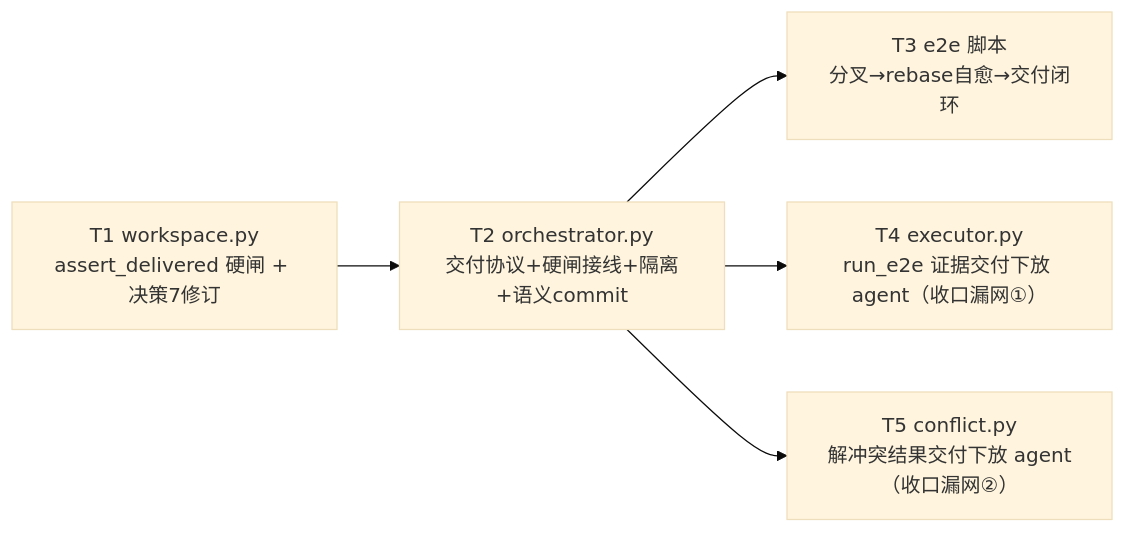
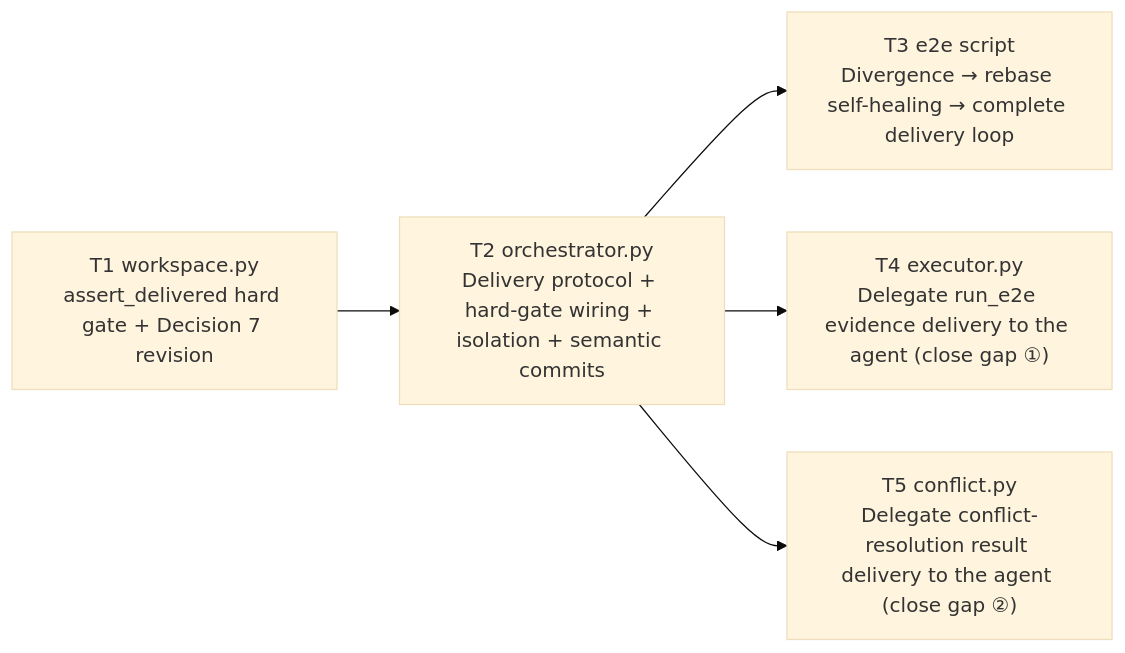
The diagram in docs/specs/0056-git-delivery-rebase-selfheal.md (Curry09/OpenAgents), drawn with Mermaid (base theme) before and after one commit. The commit also changed other lines of this file and 461 other files, not shown here.

````diff
--- a/docs/specs/0056-git-delivery-rebase-selfheal.md
+++ b/docs/specs/0056-git-delivery-rebase-selfheal.md
@@ -285,7 +284,7 @@
 ```mermaid
 graph LR
-  T1["T1 workspace.py<br/>assert_delivered 硬闸 + 决策7修订"] --> T2["T2 orchestrator.py<br/>交付协议+硬闸接线+隔离+语义commit"]
-  T2 --> T3["T3 e2e 脚本<br/>分叉→rebase自愈→交付闭环"]
-  T2 --> T4["T4 executor.py<br/>run_e2e 证据交付下放 agent（收口漏网①）"]
-  T2 --> T5["T5 conflict.py<br/>解冲突结果交付下放 agent（收口漏网②）"]
+  T1["T1 workspace.py<br/>assert_delivered hard gate + Decision 7 revision"] --> T2["T2 orchestrator.py<br/>Delivery protocol + hard-gate wiring + isolation + semantic commits"]
+  T2 --> T3["T3 e2e script<br/>Divergence → rebase self-healing → complete delivery loop"]
+  T2 --> T4["T4 executor.py<br/>Delegate run_e2e evidence delivery to the agent (close gap ①)"]
+  T2 --> T5["T5 conflict.py<br/>Delegate conflict-resolution result delivery to the agent (close gap ②)"]
 ```
````
